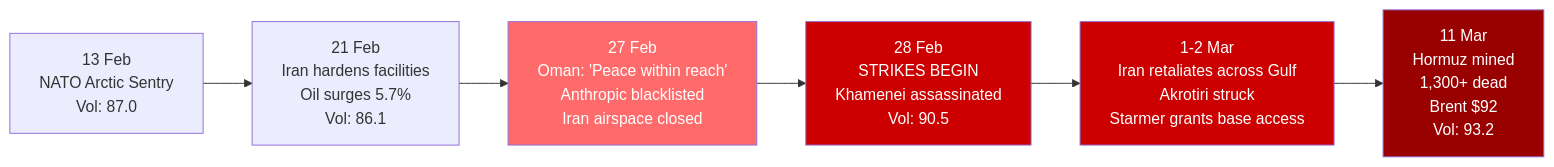
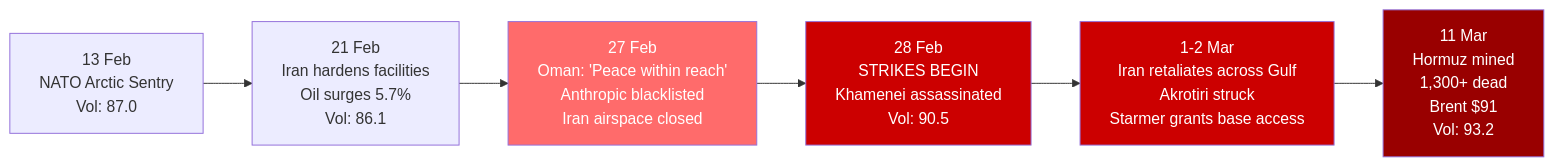
Before and after one commit to Eden-Eldith/sanctuary_for_all_things_atlas: the first of 2 diagrams in src/site/notes/Finalized work/World-Reports/World_Intelligence_Report_March_2026.md, drawn with Mermaid. The commit also changed other lines of this file, not shown here.

````diff
--- a/src/site/notes/Finalized work/World-Reports/World_Intelligence_Report_March_2026.md
+++ b/src/site/notes/Finalized work/World-Reports/World_Intelligence_Report_March_2026.md
@@ -33,13 +33,13 @@
 ```mermaid
 graph LR
     A[13 Feb<br/>NATO Arctic Sentry<br/>Vol: 87.0] --> B[21 Feb<br/>Iran hardens facilities<br/>Oil surges 5.7%<br/>Vol: 86.1]
     B --> C[27 Feb<br/>Oman: 'Peace within reach'<br/>Anthropic blacklisted<br/>Iran airspace closed]
     C --> D[28 Feb<br/>STRIKES BEGIN<br/>Khamenei assassinated<br/>Vol: 90.5]
     D --> E[1-2 Mar<br/>Iran retaliates across Gulf<br/>Akrotiri struck<br/>Starmer grants base access]
-    E --> F[11 Mar<br/>Hormuz mined<br/>1,300+ dead<br/>Brent $92<br/>Vol: 93.2]
+    E --> F[11 Mar<br/>Hormuz mined<br/>1,300+ dead<br/>Brent $91<br/>Vol: 93.2]
     
     style C fill:#ff6b6b,color:#fff
     style D fill:#cc0000,color:#fff
     style E fill:#cc0000,color:#fff
     style F fill:#990000,color:#fff
 ```
````
